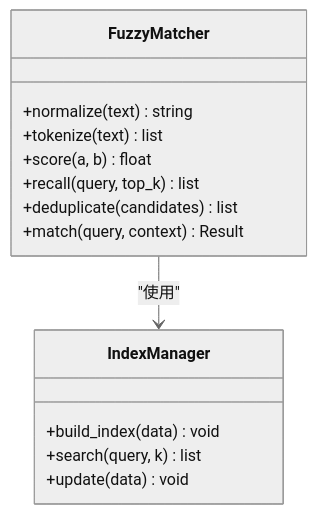
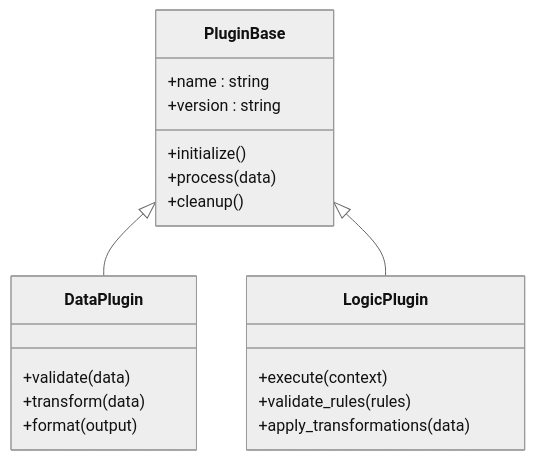
Before and after one commit to xufuyu/Lumen: the sixth of 6 diagrams in .qoder/repowiki/zh/content/系统架构/后端架构设计/服务层架构.md, drawn with Mermaid (neutral theme). The commit also changed other lines of this file and 43 other files, not shown here.

````diff
--- a/.qoder/repowiki/zh/content/系统架构/后端架构设计/服务层架构.md
+++ b/.qoder/repowiki/zh/content/系统架构/后端架构设计/服务层架构.md
@@ -199,17 +384,22 @@
 ```mermaid
 classDiagram
-class FuzzyMatcher {
-+normalize(text) string
-+tokenize(text) list
-+score(a, b) float
-+recall(query, top_k) list
-+deduplicate(candidates) list
-+match(query, context) Result
+class PluginBase {
++name : string
++version : string
++initialize()
++process(data)
++cleanup()
 }
-class IndexManager {
-+build_index(data) void
-+search(query, k) list
-+update(data) void
+class DataPlugin {
++validate(data)
++transform(data)
++format(output)
 }
-FuzzyMatcher --> IndexManager : "使用"
+class LogicPlugin {
++execute(context)
++validate_rules(rules)
++apply_transformations(data)
+}
+PluginBase <|-- DataPlugin
+PluginBase <|-- LogicPlugin
 ```
````
